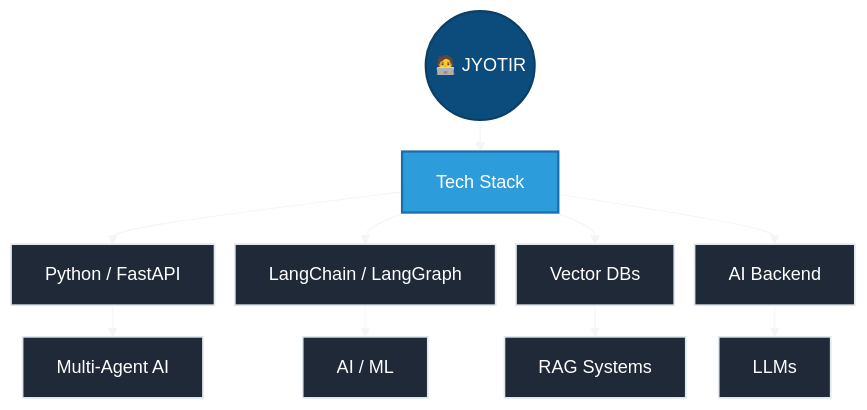
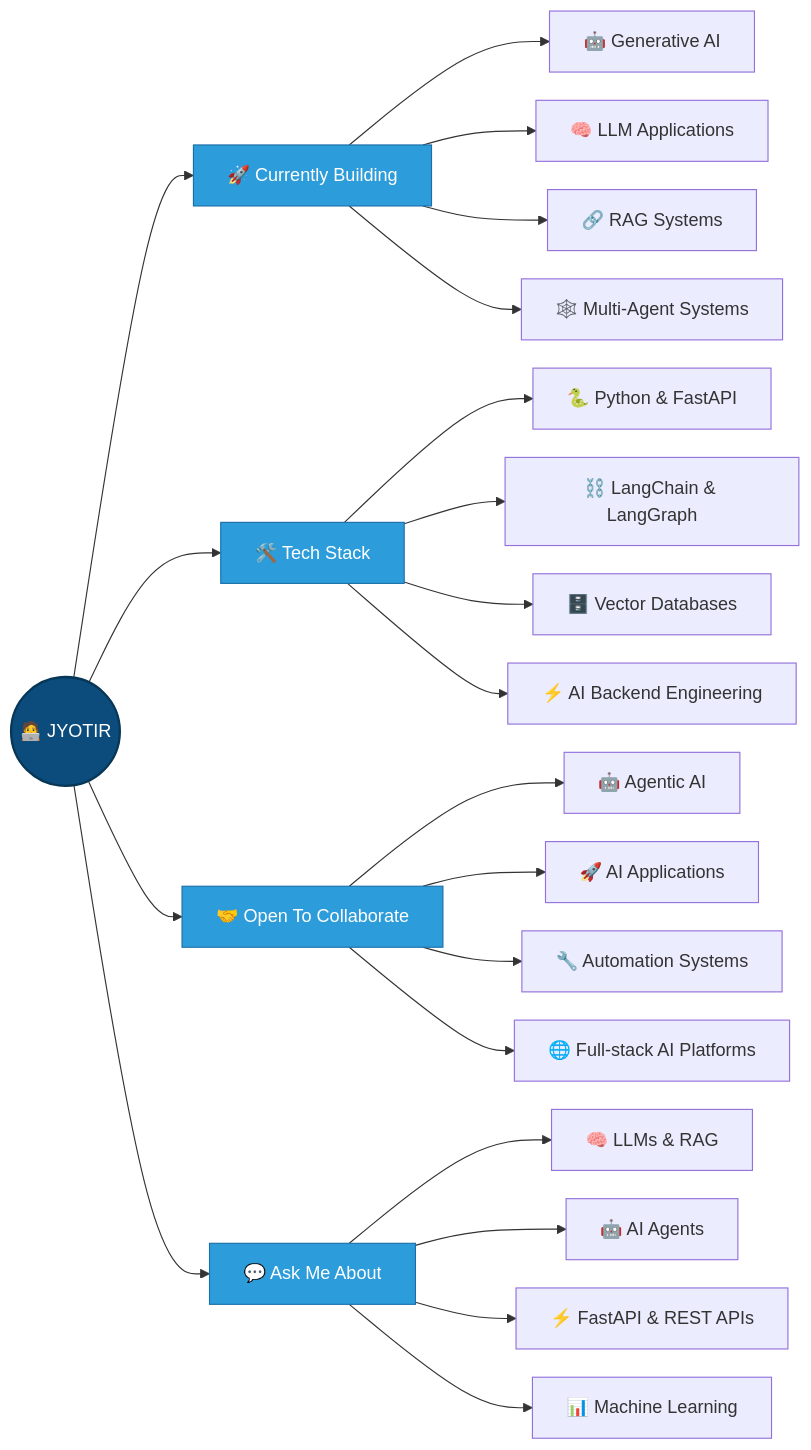
Before and after one commit to Jyotir2004/Jyotir2004: the diagram in README.md, drawn with Mermaid. The commit also changed other lines of this file, not shown here.

Commit message:
Restore README to the earlier version with the original wide Mermaid diagram layout

````diff
--- a/README.md
+++ b/README.md
@@ -2,32 +34,35 @@
 ```mermaid
-%%{init: {"theme":"base","themeVariables":{"primaryColor":"#1E90FF","primaryTextColor":"#ffffff","primaryBorderColor":"#0B4C7C","lineColor":"#F5F5F5","secondaryColor":"#0B4C7C","tertiaryColor":"#0D1117"},"flowchart":{"curve":"basis","nodeSpacing":18,"rankSpacing":28}}}%%
-flowchart TB
-    A(("🧑‍💻 JYOTIR"))
-    B["Tech Stack"]
-    C["Python / FastAPI"]
-    D["LangChain / LangGraph"]
-    E["Vector DBs"]
-    F["AI Backend"]
-    G["Multi-Agent AI"]
-    H["AI / ML"]
-    I["RAG Systems"]
-    J["LLMs"]
+%%{init: {"flowchart": {"nodeSpacing": 25, "rankSpacing": 55}}}%%
+flowchart LR
+    ME(("🧑‍💻 JYOTIR"))
 
-    A --> B
-    B --> C
-    B --> D
-    B --> E
-    B --> F
-    C --> G
-    D --> H
-    E --> I
-    F --> J
+    ME --> CW["🚀 Currently Building"]
+    CW --> CW1[🤖 Generative AI]
+    CW --> CW2[🧠 LLM Applications]
+    CW --> CW3[🔗 RAG Systems]
+    CW --> CW4[🕸️ Multi-Agent Systems]
 
-    classDef core fill:#0B4C7C,stroke:#0b3f66,color:#fff,stroke-width:2px;
-    classDef stack fill:#2D9CDB,stroke:#1B6FA8,color:#fff,stroke-width:2px;
-    classDef item fill:#1F2937,stroke:#dfe7ec,color:#fff,stroke-width:1.5px;
+    ME --> EX["🛠️ Tech Stack"]
+    EX --> EX1[🐍 Python & FastAPI]
+    EX --> EX2[⛓️ LangChain & LangGraph]
+    EX --> EX3[🗄️ Vector Databases]
+    EX --> EX4[⚡ AI Backend Engineering]
 
-    class A core;
-    class B stack;
-    class C,D,E,F,G,H,I,J item;
+    ME --> COL["🤝 Open To Collaborate"]
+    COL --> COL1[🤖 Agentic AI]
+    COL --> COL2[🚀 AI Applications]
+    COL --> COL3[🔧 Automation Systems]
+    COL --> COL4[🌐 Full-stack AI Platforms]
+
+    ME --> ASK["💬 Ask Me About"]
+    ASK --> ASK1[🧠 LLMs & RAG]
+    ASK --> ASK2[🤖 AI Agents]
+    ASK --> ASK3[⚡ FastAPI & REST APIs]
+    ASK --> ASK4[📊 Machine Learning]
+
+    style ME fill:#0B4C7C,stroke:#083656,stroke-width:2px,color:#fff
+    style CW fill:#2D9CDB,stroke:#1B6FA8,color:#fff
+    style EX fill:#2D9CDB,stroke:#1B6FA8,color:#fff
+    style COL fill:#2D9CDB,stroke:#1B6FA8,color:#fff
+    style ASK fill:#2D9CDB,stroke:#1B6FA8,color:#fff
 ```
````
